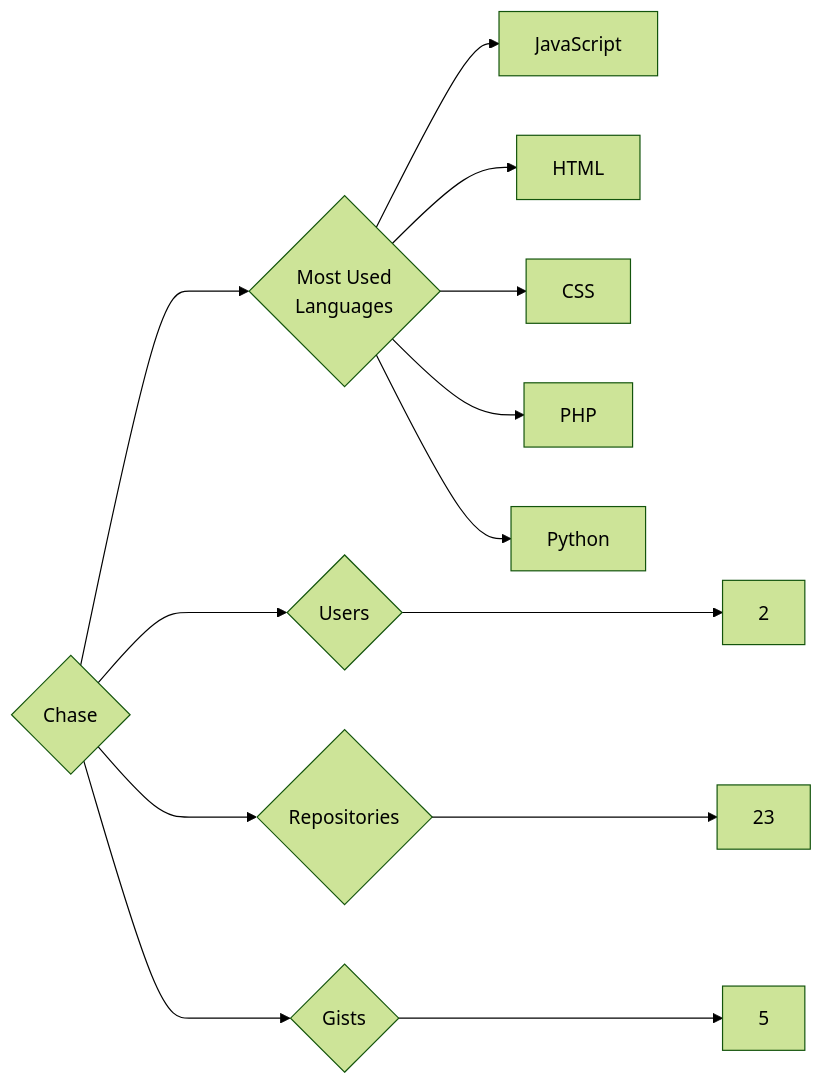
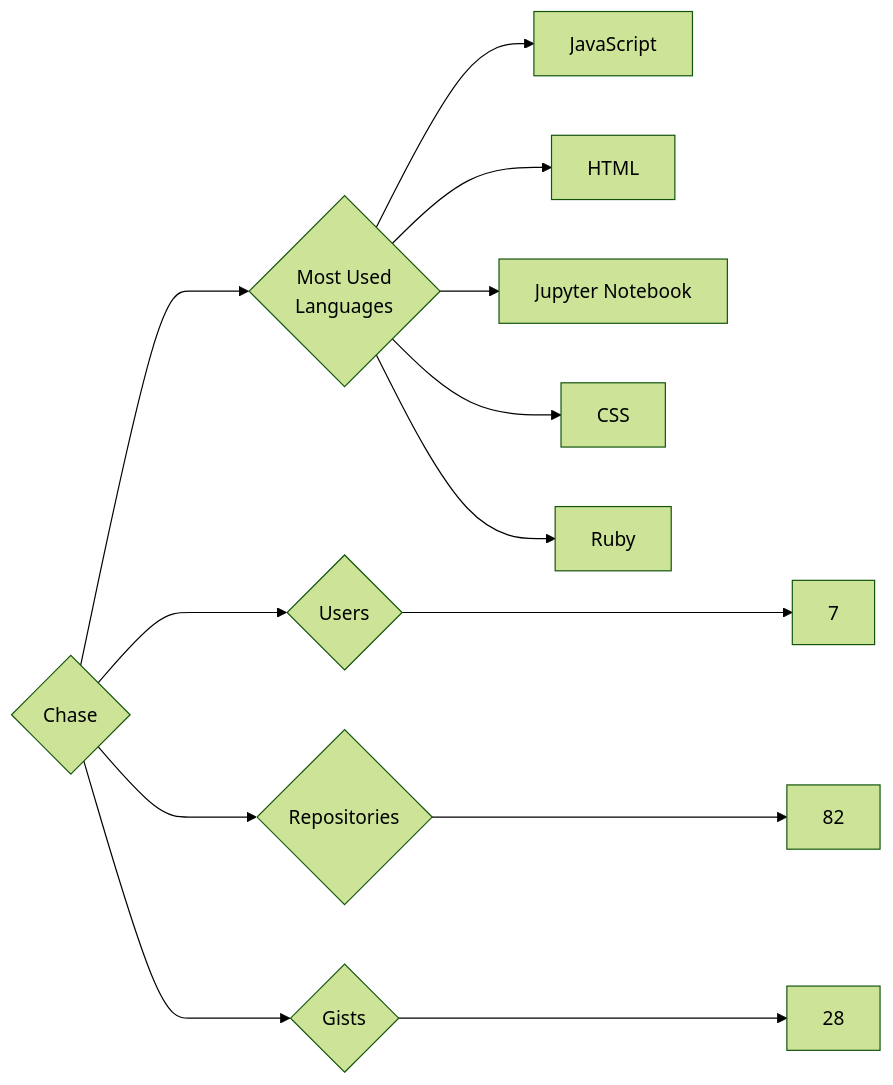
Before and after one commit to trickest/insiders: the diagram in targets/Chase/README.md, drawn with Mermaid (forest theme). The commit also changed 857 other files, not shown here.

````diff
--- a/targets/Chase/README.md
+++ b/targets/Chase/README.md
@@ -3,13 +3,13 @@
 ```mermaid
 graph LR
 COMPANY_NAME{Chase}
-COMPANY_NAME ---> U{Users} ---> UN[2]
-COMPANY_NAME ---> R{Repositories} ---> RN[23]
-COMPANY_NAME ---> G{Gists} ---> GN[5]
+COMPANY_NAME ---> U{Users} ---> UN[7]
+COMPANY_NAME ---> R{Repositories} ---> RN[82]
+COMPANY_NAME ---> G{Gists} ---> GN[28]
 COMPANY_NAME ---> ML{Most Used<br>Languages}
 ML --> JavaScript[JavaScript]
 ML --> HTML[HTML]
+ML --> Jupyter_Notebook[Jupyter Notebook]
 ML --> CSS[CSS]
-ML --> PHP[PHP]
-ML --> Python[Python]
+ML --> Ruby[Ruby]
 ```
````
